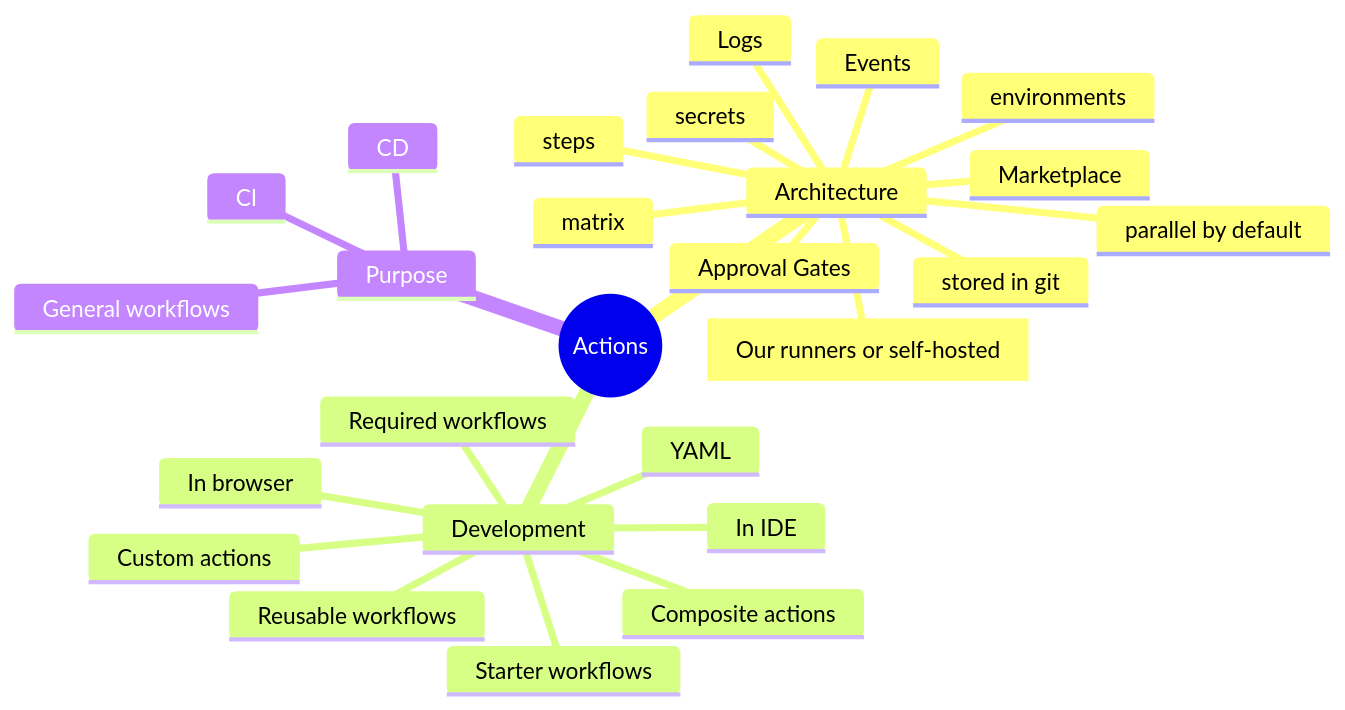
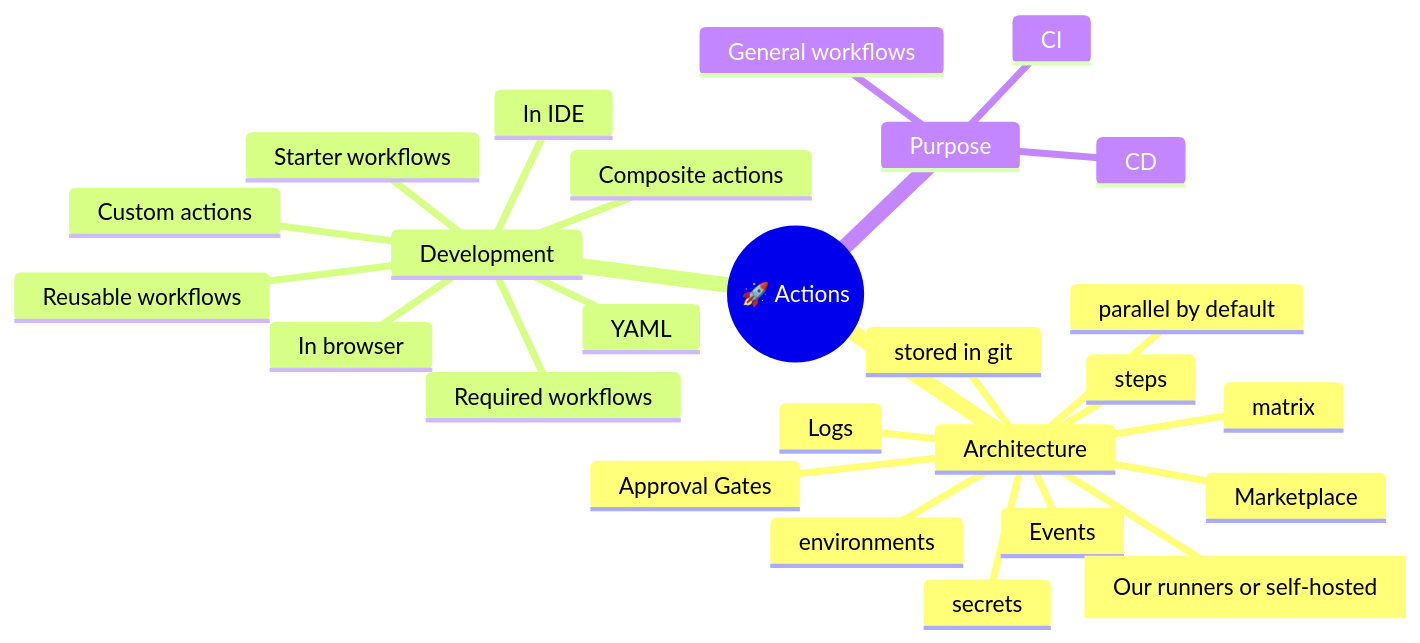
The diagram in actions-value.md (gitstua/Mindmaps), drawn with Mermaid before and after one commit.

````diff
--- a/actions-value.md
+++ b/actions-value.md
@@ -3,29 +3,29 @@
 ```mermaid
 mindmap
-  root((Actions))
+  root((🚀 Actions ))
     Architecture
       Marketplace
       Events
       [Our runners or self-hosted]
       steps
       parallel by default
       matrix
       secrets
       environments
       stored in git
       Logs
       Approval Gates
     Development
       YAML
       In browser
       In IDE
       Composite actions
       Custom actions
       Reusable workflows
       Required workflows
       Starter workflows
     Purpose
       CI
       CD
       General workflows
 ```
````
